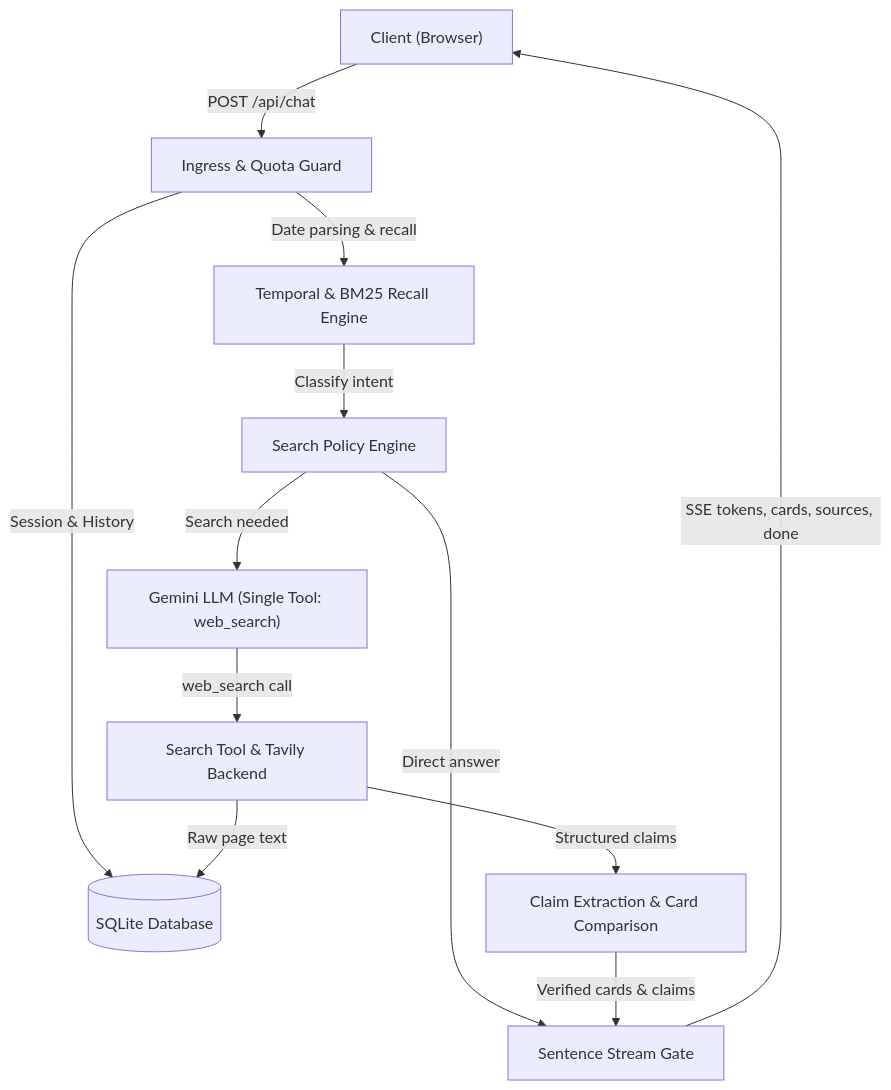
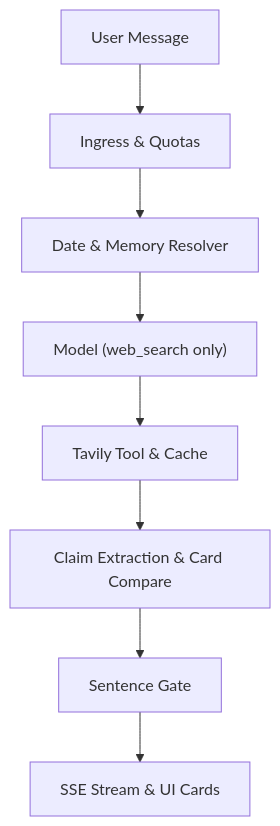
One commit to Jagadeesh58/Proofline changed the diagram in DESIGN.md. Above: the diagram before and after it, drawn with Mermaid. The commit also changed other lines of this file and 4 other files, not shown here.

````diff
--- a/DESIGN.md
+++ b/DESIGN.md
@@ -20,14 +9,10 @@
 ```mermaid
 flowchart TD
-  Client["Client (Browser)"] -->|POST /api/chat| Ingress["Ingress & Quota Guard"]
-  Ingress -->|Session & History| SQLite[("SQLite Database")]
-  Ingress -->|Date parsing & recall| Recall["Temporal & BM25 Recall Engine"]
-  Recall -->|Classify intent| Policy["Search Policy Engine"]
-  Policy -->|Direct answer| StreamGate["Sentence Stream Gate"]
-  Policy -->|Search needed| LLM["Gemini LLM (Single Tool: web_search)"]
-  LLM -->|web_search call| SearchTool["Search Tool & Tavily Backend"]
-  SearchTool -->|Raw page text| SQLite
-  SearchTool -->|Structured claims| Compare["Claim Extraction & Card Comparison"]
-  Compare -->|Verified cards & claims| StreamGate
-  StreamGate -->|SSE tokens, cards, sources, done| Client
+  User["User Message"] --> Ingress["Ingress & Quotas"]
+  Ingress --> Resolver["Date & Memory Resolver"]
+  Resolver --> Model["Model (web_search only)"]
+  Model --> Tool["Tavily Tool & Cache"]
+  Tool --> Claims["Claim Extraction & Card Compare"]
+  Claims --> Gate["Sentence Gate"]
+  Gate --> SSE["SSE Stream & UI Cards"]
 ```
````
